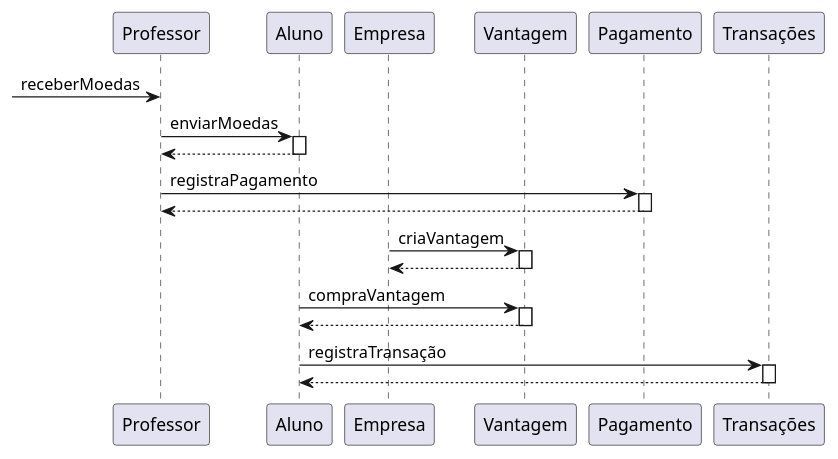
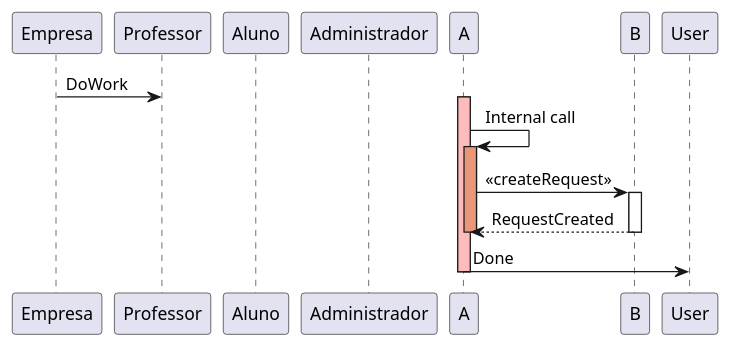
One commit to milenalara/sistema-moeda-estudantil changed the diagram in project/docs/sequencia.puml. Above: the diagram before and after it, drawn with PlantUML. The commit also changed 8 other files, not shown here.

```diff
--- a/project/docs/sequencia.puml
+++ b/project/docs/sequencia.puml
@@ -1,41 +1,22 @@
-@startuml sequencia
-
+@startuml
+participant Empresa as emp
 participant Professor as prof
 participant Aluno as alu
-participant Empresa as emp
-participant Vantagem as van
-participant Pagamento as pay
-participant Transações as tra
+participant Administrador as adm
 
+emp -> prof: DoWork
+activate A #FFBBBB
 
-->prof: receberMoedas
+A -> A: Internal call
+activate A #DarkSalmon
 
-prof->alu: enviarMoedas
-activate alu
-alu --> prof
-deactivate alu
+A -> B: << createRequest >>
+activate B
 
-prof -> pay: registraPagamento
-activate pay
-pay --> prof
-deactivate pay
-
-emp->van: criaVantagem
-activate van
-van --> emp
-deactivate van
-
-alu->van: compraVantagem
-activate van
-van --> alu
-deactivate van
-
-alu->tra: registraTransação
-activate tra
-tra --> alu
-deactivate tra
-
-
-
+B --> A: RequestCreated
+deactivate B
+deactivate A
+A -> User: Done
+deactivate A
 
 @enduml
```
